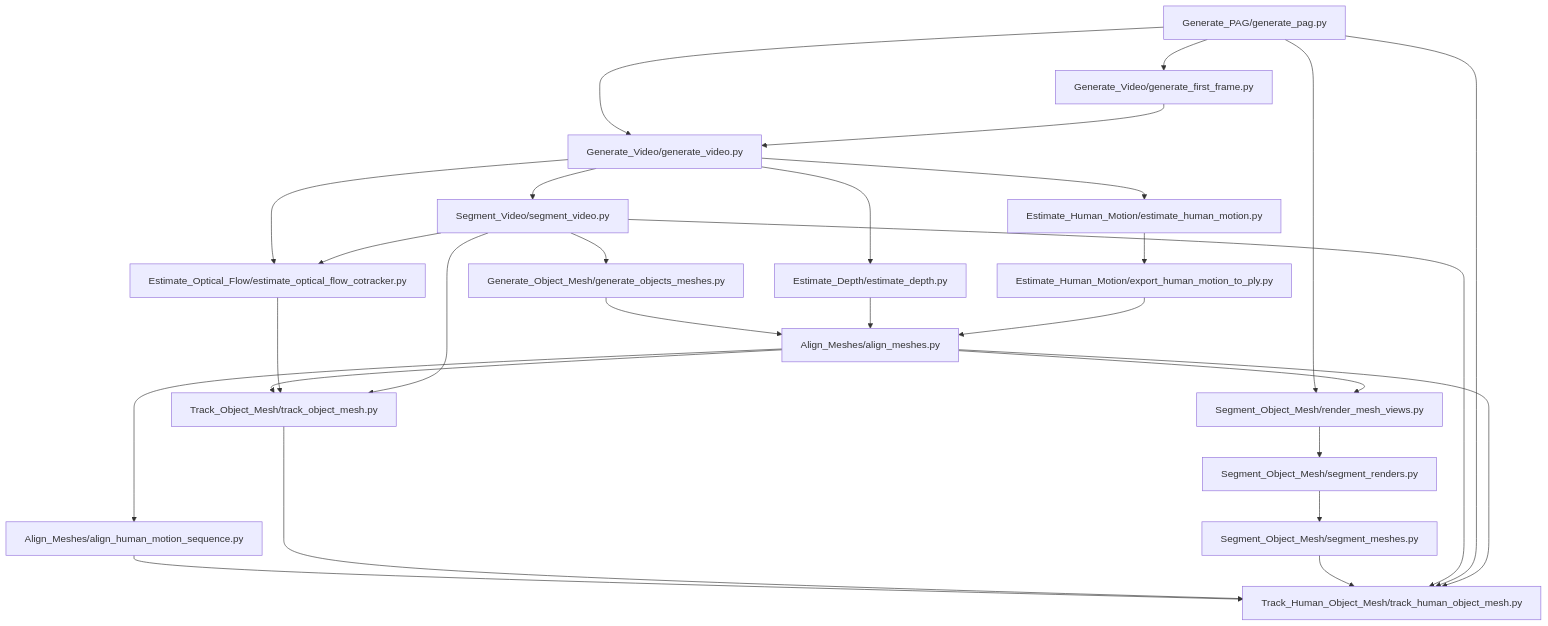
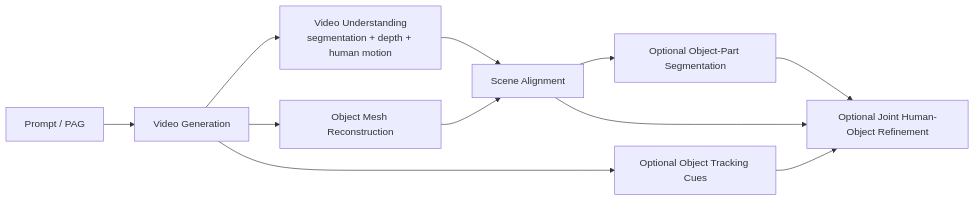
The diagram in README.md (mumerabbasi/4DHOI), drawn with Mermaid before and after one commit. The commit also changed other lines of this file and 214 other files, not shown here.

Commit message:
video 1 2 3 pags were incorrect (I earlier removed extract object and part nodes), added them back

````diff
--- a/README.md
+++ b/README.md
@@ -38,36 +19,13 @@
 ```mermaid
-flowchart TD
-    A[Generate_PAG/generate_pag.py] --> B[Generate_Video/generate_first_frame.py]
-    A --> C[Generate_Video/generate_video.py]
-    B --> C
-
-    C --> D[Segment_Video/segment_video.py]
-    D --> E[Generate_Object_Mesh/generate_objects_meshes.py]
-
-    C --> F[Estimate_Depth/estimate_depth.py]
-    C --> G[Estimate_Human_Motion/estimate_human_motion.py]
-    G --> H[Estimate_Human_Motion/export_human_motion_to_ply.py]
-
-    E --> I[Align_Meshes/align_meshes.py]
-    F --> I
-    H --> I
-    I --> J[Align_Meshes/align_human_motion_sequence.py]
-
-    A --> K[Segment_Object_Mesh/render_mesh_views.py]
-    I --> K
-    K --> L[Segment_Object_Mesh/segment_renders.py]
-    L --> M[Segment_Object_Mesh/segment_meshes.py]
-
-    C --> N[Estimate_Optical_Flow/estimate_optical_flow_cotracker.py]
-    D --> N
-    I --> O[Track_Object_Mesh/track_object_mesh.py]
-    N --> O
-    D --> O
-
-    J --> P[Track_Human_Object_Mesh/track_human_object_mesh.py]
-    O --> P
-    M --> P
-    D --> P
-    A --> P
-    I --> P
+flowchart LR
+    A[Prompt / PAG] --> B[Video Generation]
+    B --> C[Video Understanding<br/>segmentation + depth + human motion]
+    B --> D[Object Mesh Reconstruction]
+    C --> E[Scene Alignment]
+    D --> E
+    E --> F[Optional Object-Part Segmentation]
+    B --> G[Optional Object Tracking Cues]
+    F --> H[Optional Joint Human-Object Refinement]
+    G --> H
+    E --> H
 ```
````
